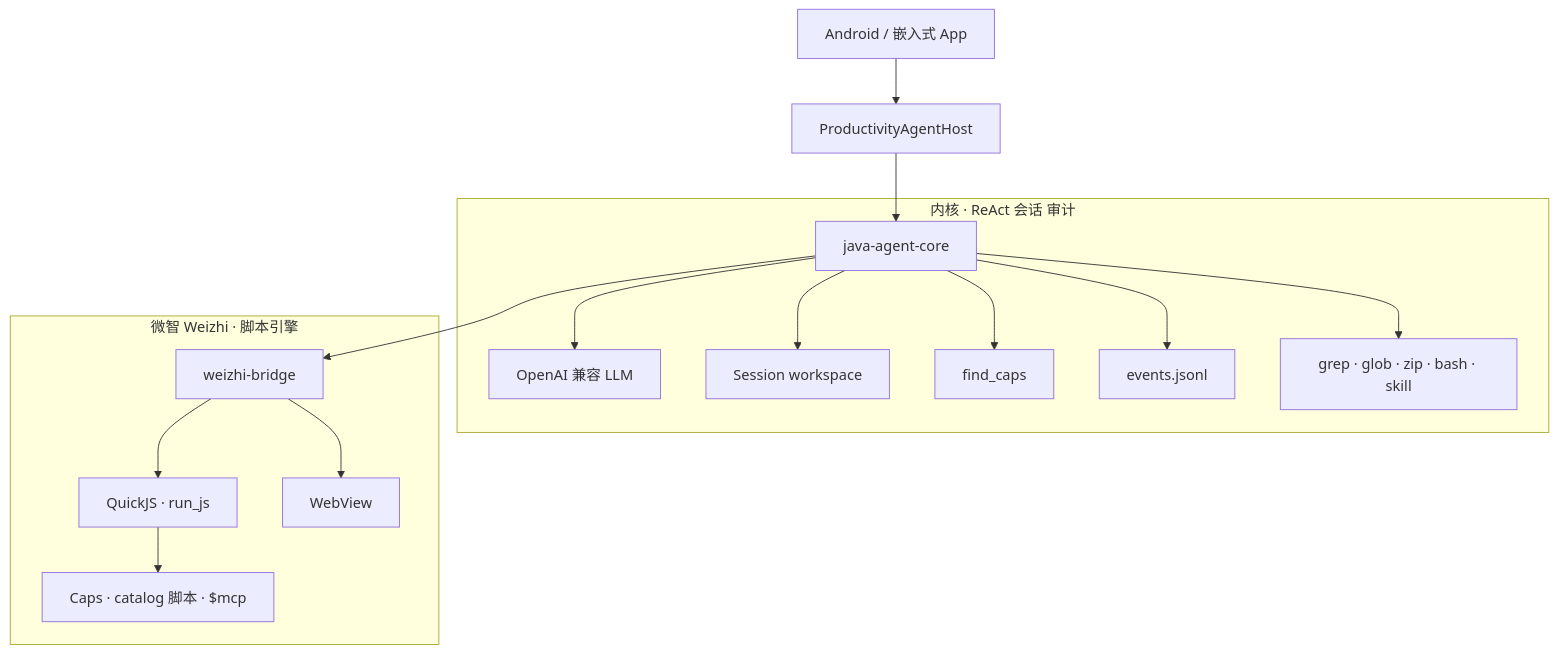
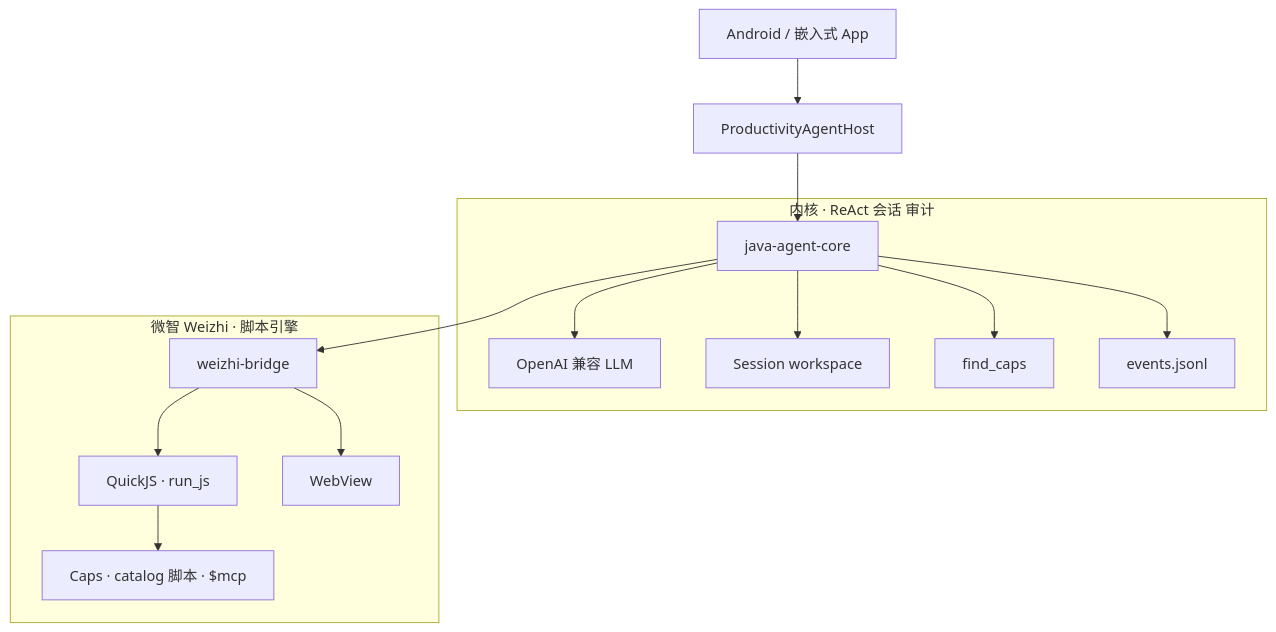
The diagram in README.md (fengshihao/agent1), drawn with Mermaid before and after one commit.

Commit message:
docs: 架构图去掉经典 CLI 工具行（grep · glob · zip · bash · skill）
该工具集连线与当前推荐路径（生产力路径 + run_js/capability 检索）已不符，
避免架构图误导。

````diff
--- a/README.md
+++ b/README.md
@@ -99,20 +99,19 @@
 ```mermaid
 flowchart TB
   Host[Android / 嵌入式 App] --> Gateway[ProductivityAgentHost]
   Gateway --> Core[java-agent-core]
 
   subgraph kernel["内核 · ReAct 会话 审计"]
     Core --> LLM[OpenAI 兼容 LLM]
     Core --> WS[Session workspace]
     Core --> Search[find_caps]
     Core --> Audit[events.jsonl]
-    Core --> JavaTools["grep · glob · zip · bash · skill"]
   end
 
   Core --> Bridge[weizhi-bridge]
   subgraph weizhi["微智 Weizhi · 脚本引擎"]
     Bridge --> WZ[QuickJS · run_js]
     WZ --> Cap["Caps · catalog 脚本 · $mcp"]
     Bridge --> WV[WebView]
   end
 ```
````
